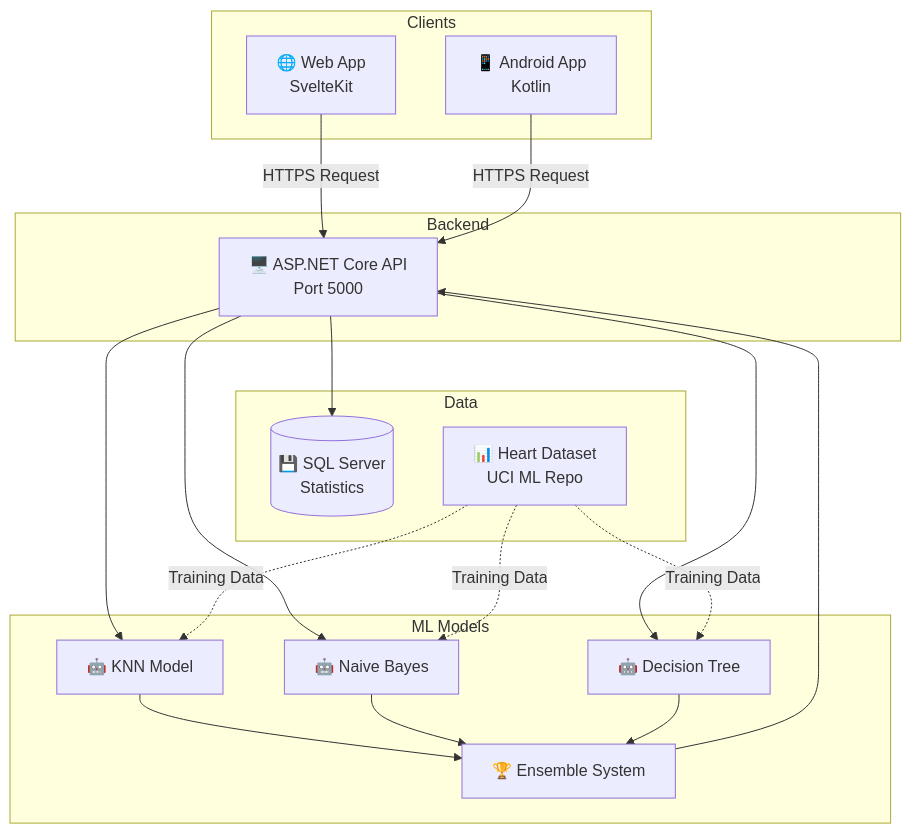
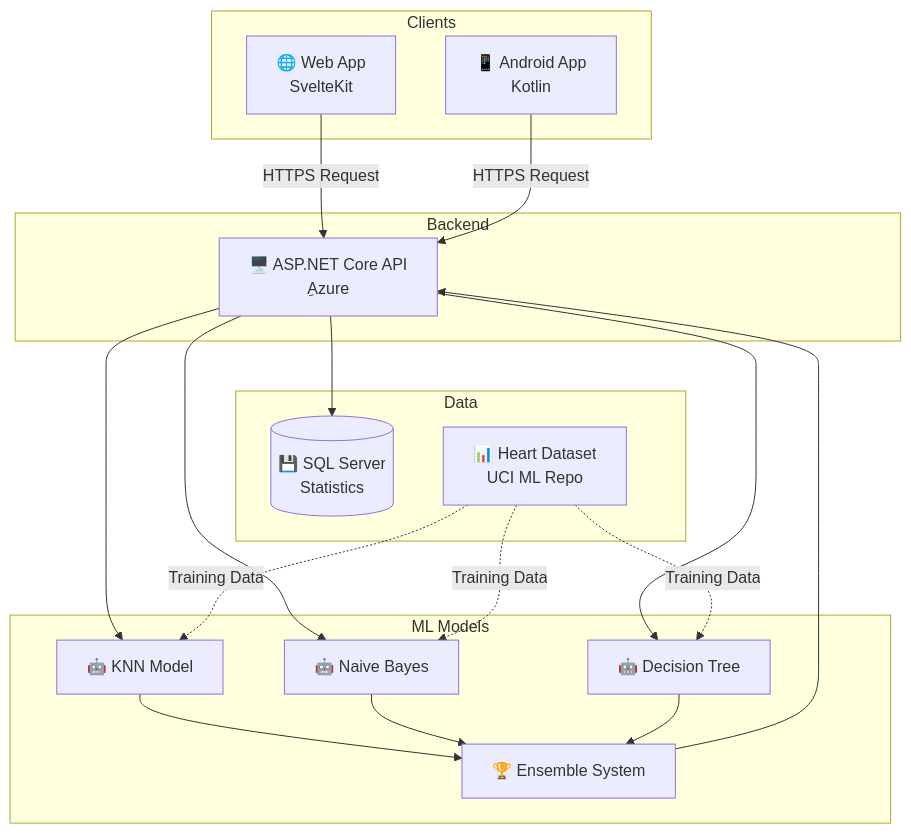
Before and after one commit to HazemAlhajIhmid/CardioGuard-Hub: the diagram in README.md, drawn with Mermaid.

Commit message:
Update backend API description in README

````diff
--- a/README.md
+++ b/README.md
@@ -206,37 +206,37 @@
 ```mermaid
 graph TB
     subgraph "Clients"
         A[🌐 Web App<br/>SvelteKit]
         B[📱 Android App<br/>Kotlin]
     end
     
     subgraph "Backend"
-        C[🖥️ ASP.NET Core API<br/>Port 5000]
+        C[🖥️ ASP.NET Core API<br/> ِAzure]
     end
     
     subgraph "ML Models"
         D[🤖 KNN Model]
         E[🤖 Naive Bayes]
         F[🤖 Decision Tree]
         G[🏆 Ensemble System]
     end
     
     subgraph "Data"
         H[(💾 SQL Server<br/>Statistics)]
         I[📊 Heart Dataset<br/>UCI ML Repo]
     end
     
     A -->|HTTPS Request| C
     B -->|HTTPS Request| C
     C --> D
     C --> E
     C --> F
     D --> G
     E --> G
     F --> G
     G --> C
     C --> H
     I -.Training Data.-> D
     I -.Training Data.-> E
     I -.Training Data.-> F
 ```
````
